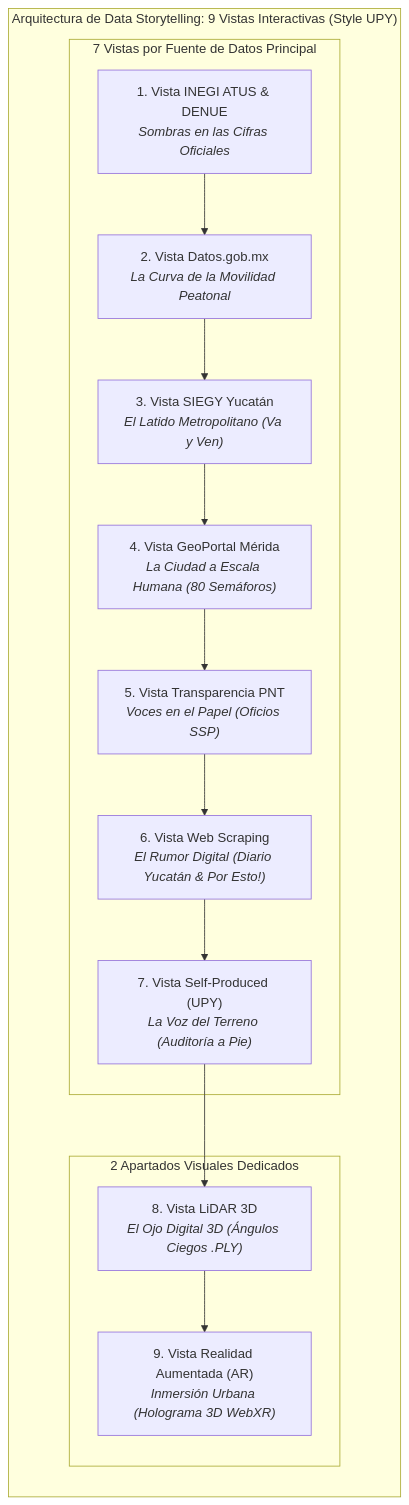
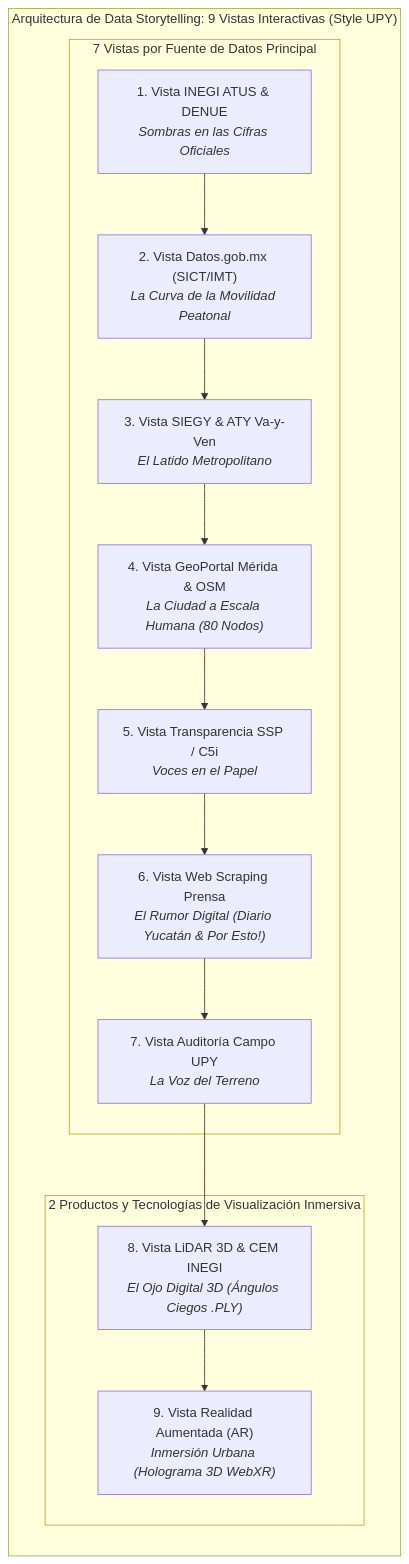
Before and after one commit to Rivaldo2309030/Visual-Modeling-For-Information: the first of 2 diagrams in FUENTES_Y_PLAN_DE_ANALISIS.md, drawn with Mermaid. The commit also changed other lines of this file and 6 other files, not shown here.

````diff
--- a/FUENTES_Y_PLAN_DE_ANALISIS.md
+++ b/FUENTES_Y_PLAN_DE_ANALISIS.md
@@ -15,22 +11,22 @@
 ```mermaid
 flowchart TD
     subgraph Storytelling ["Arquitectura de Data Storytelling: 9 Vistas Interactivas (Style UPY)"]
         direction TB
         subgraph Fuentes ["7 Vistas por Fuente de Datos Principal"]
             V1["1. Vista INEGI ATUS & DENUE<br><i>Sombras en las Cifras Oficiales</i>"]
-            V2["2. Vista Datos.gob.mx<br><i>La Curva de la Movilidad Peatonal</i>"]
-            V3["3. Vista SIEGY Yucatán<br><i>El Latido Metropolitano (Va y Ven)</i>"]
-            V4["4. Vista GeoPortal Mérida<br><i>La Ciudad a Escala Humana (80 Semáforos)</i>"]
-            V5["5. Vista Transparencia PNT<br><i>Voces en el Papel (Oficios SSP)</i>"]
-            V6["6. Vista Web Scraping<br><i>El Rumor Digital (Diario Yucatán & Por Esto!)</i>"]
-            V7["7. Vista Self-Produced (UPY)<br><i>La Voz del Terreno (Auditoría a Pie)</i>"]
+            V2["2. Vista Datos.gob.mx (SICT/IMT)<br><i>La Curva de la Movilidad Peatonal</i>"]
+            V3["3. Vista SIEGY & ATY Va-y-Ven<br><i>El Latido Metropolitano</i>"]
+            V4["4. Vista GeoPortal Mérida & OSM<br><i>La Ciudad a Escala Humana (80 Nodos)</i>"]
+            V5["5. Vista Transparencia SSP / C5i<br><i>Voces en el Papel</i>"]
+            V6["6. Vista Web Scraping Prensa<br><i>El Rumor Digital (Diario Yucatán & Por Esto!)</i>"]
+            V7["7. Vista Auditoría Campo UPY<br><i>La Voz del Terreno</i>"]
         end
         
-        subgraph Inmersivas ["2 Apartados Visuales Dedicados"]
-            V8["8. Vista LiDAR 3D<br><i>El Ojo Digital 3D (Ángulos Ciegos .PLY)</i>"]
+        subgraph Inmersivas ["2 Productos y Tecnologías de Visualización Inmersiva"]
+            V8["8. Vista LiDAR 3D & CEM INEGI<br><i>El Ojo Digital 3D (Ángulos Ciegos .PLY)</i>"]
             V9["9. Vista Realidad Aumentada (AR)<br><i>Inmersión Urbana (Holograma 3D WebXR)</i>"]
         end
         
         V1 --> V2 --> V3 --> V4 --> V5 --> V6 --> V7 --> V8 --> V9
     end
 ```
````
